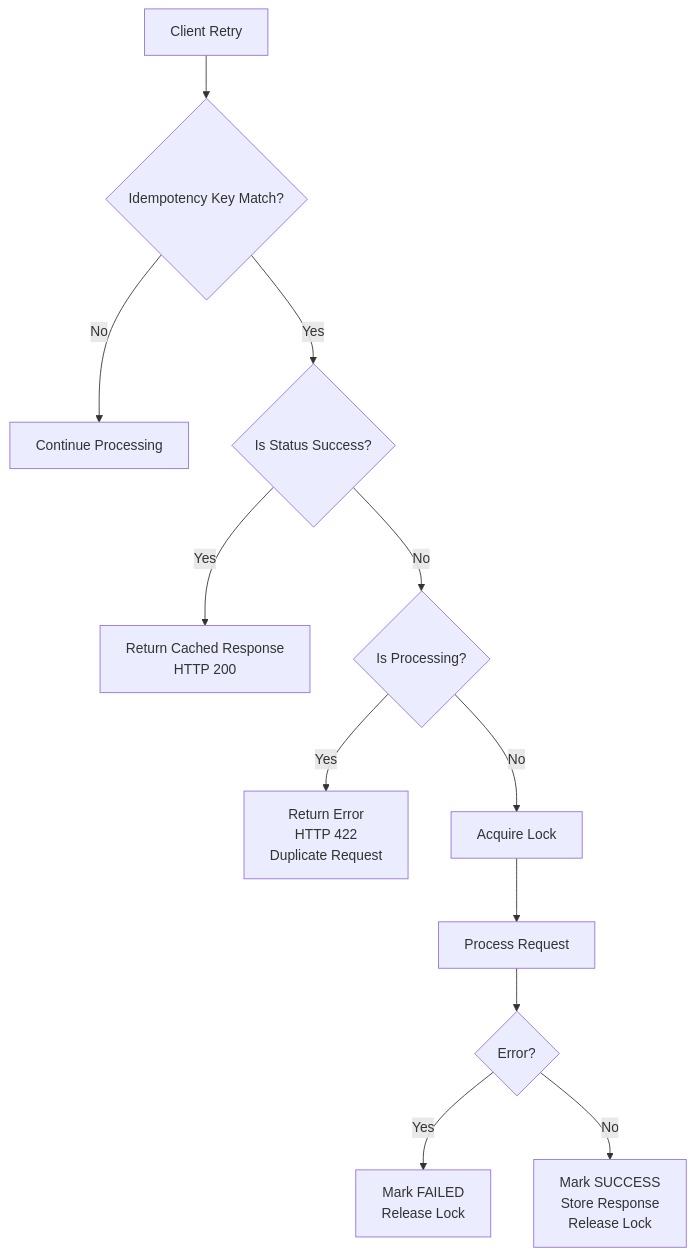
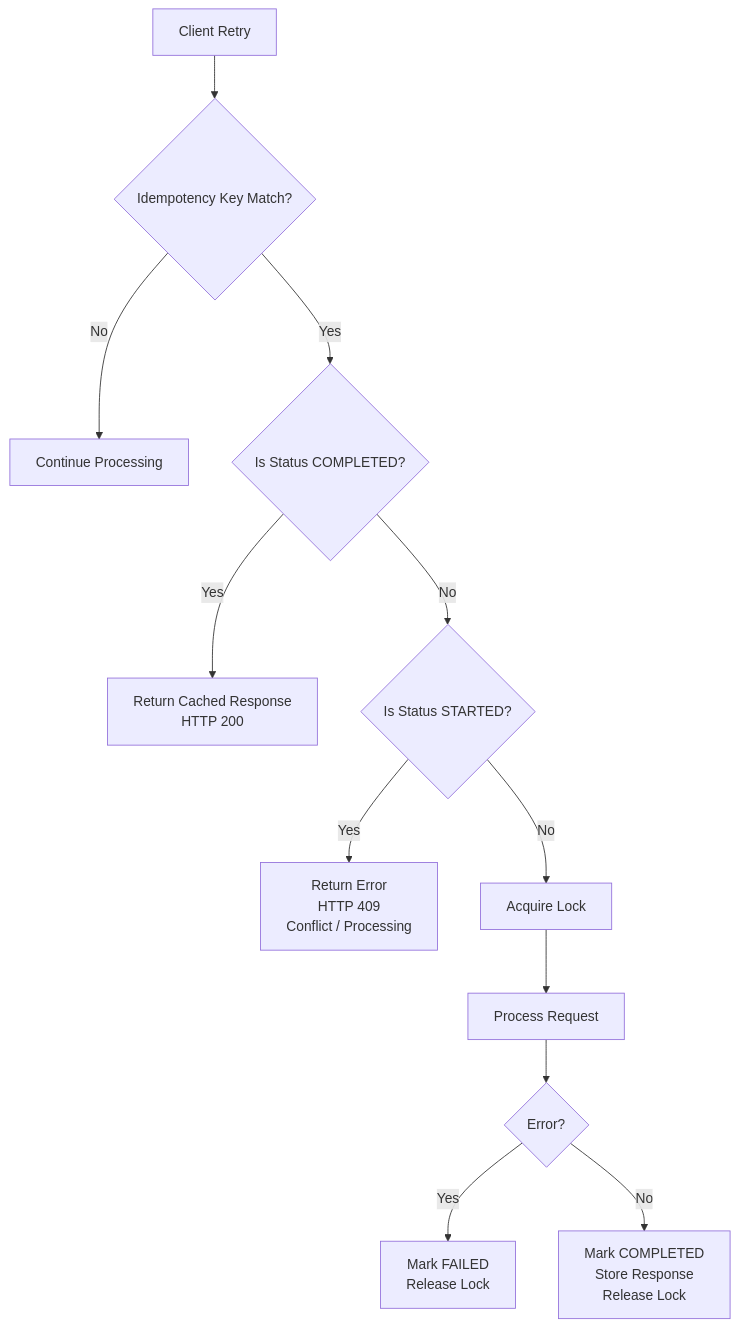
Before and after one commit to ravocode/AvoOnce: the diagram in idempotency-core/README.md, drawn with Mermaid. The commit also changed other lines of this file and 12 other files, not shown here.

````diff
--- a/idempotency-core/README.md
+++ b/idempotency-core/README.md
@@ -13,19 +13,19 @@
 ```mermaid
 graph TD
     A[Client Retry] --> B{Idempotency Key Match?}
     
     B -- No --> C[Continue Processing]
-    B -- Yes --> D{Is Status Success?}
+    B -- Yes --> D{Is Status COMPLETED?}
     
     D -- Yes --> E[Return Cached Response<br/>HTTP 200]
-    D -- No --> F{Is Processing?}
+    D -- No --> F{Is Status STARTED?}
     
-    F -- Yes --> G[Return Error<br/>HTTP 422<br/>Duplicate Request]
+    F -- Yes --> G[Return Error<br/>HTTP 409<br/>Conflict / Processing]
     F -- No --> H[Acquire Lock]
     
     H --> I[Process Request]
     
     I --> J{Error?}
     J -- Yes --> K[Mark FAILED<br/>Release Lock]
-    J -- No --> L[Mark SUCCESS<br/>Store Response<br/>Release Lock]
+    J -- No --> L[Mark COMPLETED<br/>Store Response<br/>Release Lock]
 ```
````
